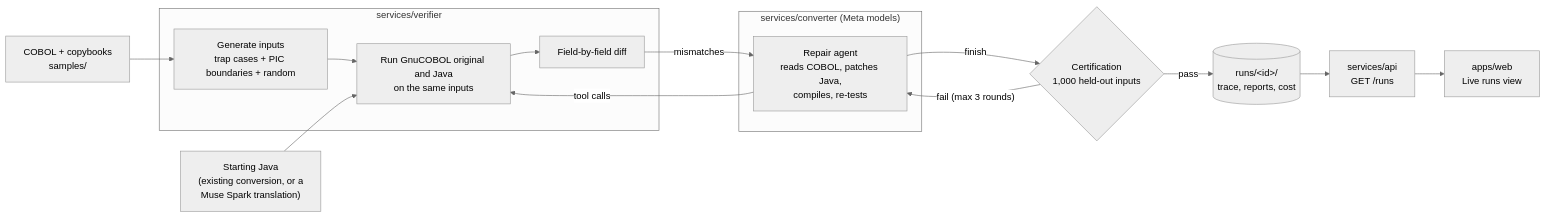
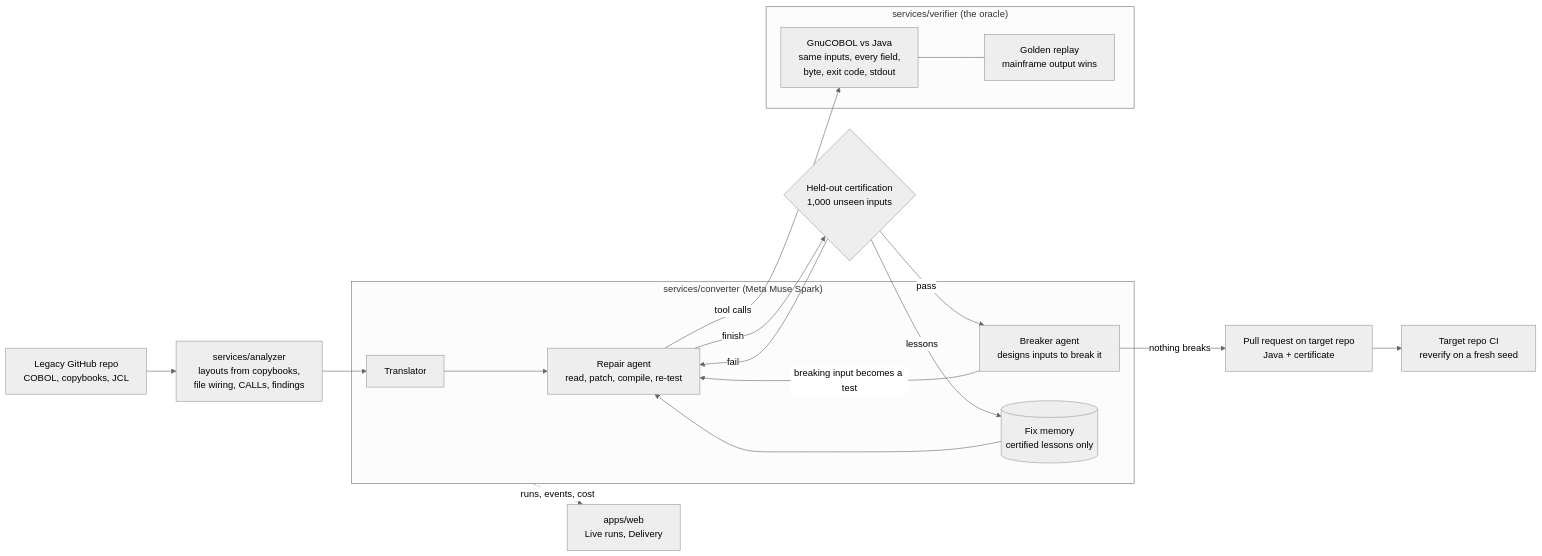
The diagram in docs/ARCHITECTURE.md (Nivetha200111/Diocle), drawn with Mermaid (neutral theme) before and after one commit. The commit also changed other lines of this file and 1 other file, not shown here.

Commit message:
Describe what is built: README and the architecture's running flow
Review finding: the docs still said the analyzer was not built and nothing could run. The README now leads with the proof, lists each service, the measured results and what Diocle does and does not prove; the architecture's first section documents the implemented flow, caps and what is still only planned.

````diff
--- a/docs/ARCHITECTURE.md
+++ b/docs/ARCHITECTURE.md
@@ -8,30 +7,33 @@
 ```mermaid
 flowchart LR
-    SRC["COBOL + copybooks<br/>samples/"]
-    JAVA["Starting Java<br/>(existing conversion, or a<br/>Muse Spark translation)"]
+    REPO["Legacy GitHub repo<br/>COBOL, copybooks, JCL"]
+    ANA["services/analyzer<br/>layouts from copybooks,<br/>file wiring, CALLs, findings"]
 
-    subgraph VER["services/verifier"]
-        GEN["Generate inputs<br/>trap cases + PIC boundaries + random"]
-        RUN["Run GnuCOBOL original and Java<br/>on the same inputs"]
-        DIFF["Field-by-field diff"]
-        GEN --> RUN --> DIFF
+    subgraph CONV["services/converter (Meta Muse Spark)"]
+        TR["Translator"]
+        AGENT["Repair agent<br/>read, patch, compile, re-test"]
+        BRK["Breaker agent<br/>designs inputs to break it"]
+        MEM[("Fix memory<br/>certified lessons only")]
     end
 
-    subgraph CONV["services/converter (Meta models)"]
-        AGENT["Repair agent<br/>reads COBOL, patches Java,<br/>compiles, re-tests"]
+    subgraph VER["services/verifier (the oracle)"]
+        RUN["GnuCOBOL vs Java<br/>same inputs, every field,<br/>byte, exit code, stdout"]
+        GOLD["Golden replay<br/>mainframe output wins"]
     end
 
-    CERT{"Certification<br/>1,000 held-out inputs"}
-    STORE[("runs/&lt;id&gt;/<br/>trace, reports, cost")]
-    API["services/api<br/>GET /runs"]
-    UI["apps/web<br/>Live runs view"]
+    CERT{"Held-out certification<br/>1,000 unseen inputs"}
+    PR["Pull request on target repo<br/>Java + certificate"]
+    CI["Target repo CI<br/>reverify on a fresh seed"]
+    UI["apps/web<br/>Live runs, Delivery"]
 
-    SRC --> GEN
-    JAVA --> RUN
-    DIFF -- "mismatches" --> AGENT
+    REPO --> ANA --> TR --> AGENT
     AGENT -- "tool calls" --> RUN
+    RUN --- GOLD
     AGENT -- "finish" --> CERT
-    CERT -- "fail (max 3 rounds)" --> AGENT
-    CERT -- "pass" --> STORE
-    STORE --> API --> UI
+    CERT -- "fail" --> AGENT
+    CERT -- "pass" --> BRK
+    BRK -- "breaking input becomes a test" --> AGENT
+    CERT -- "lessons" --> MEM --> AGENT
+    BRK -- "nothing breaks" --> PR --> CI
+    CONV -. "runs, events, cost" .-> UI
 ```
````
